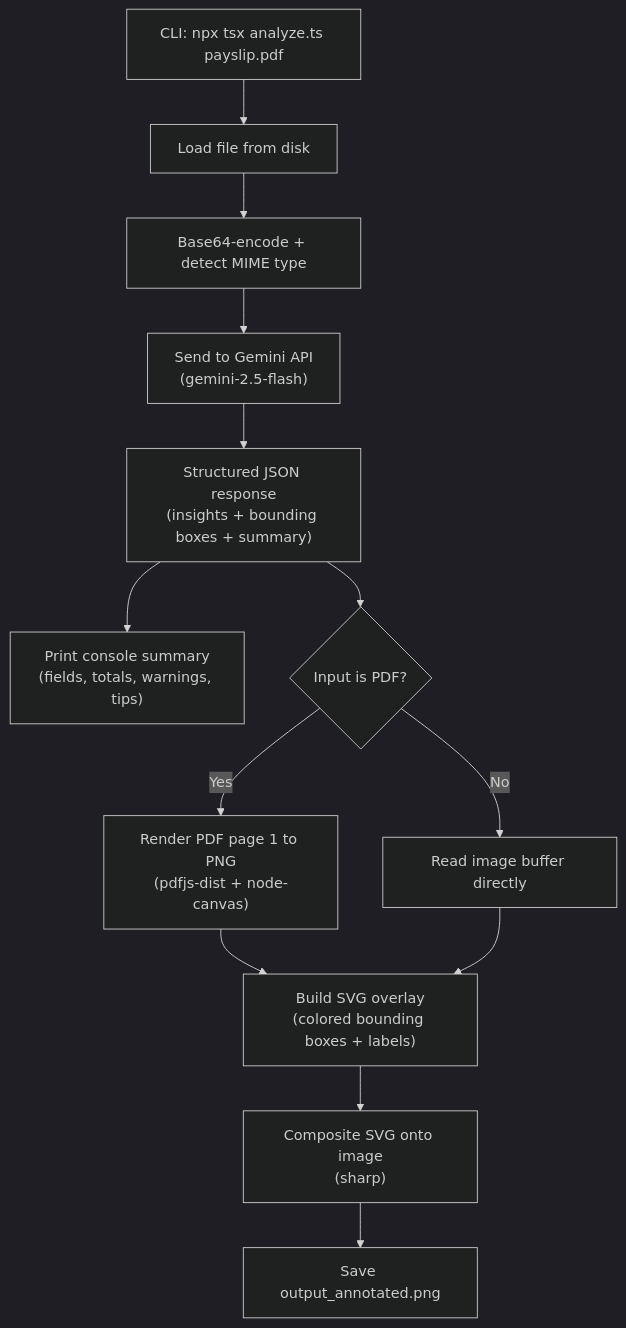
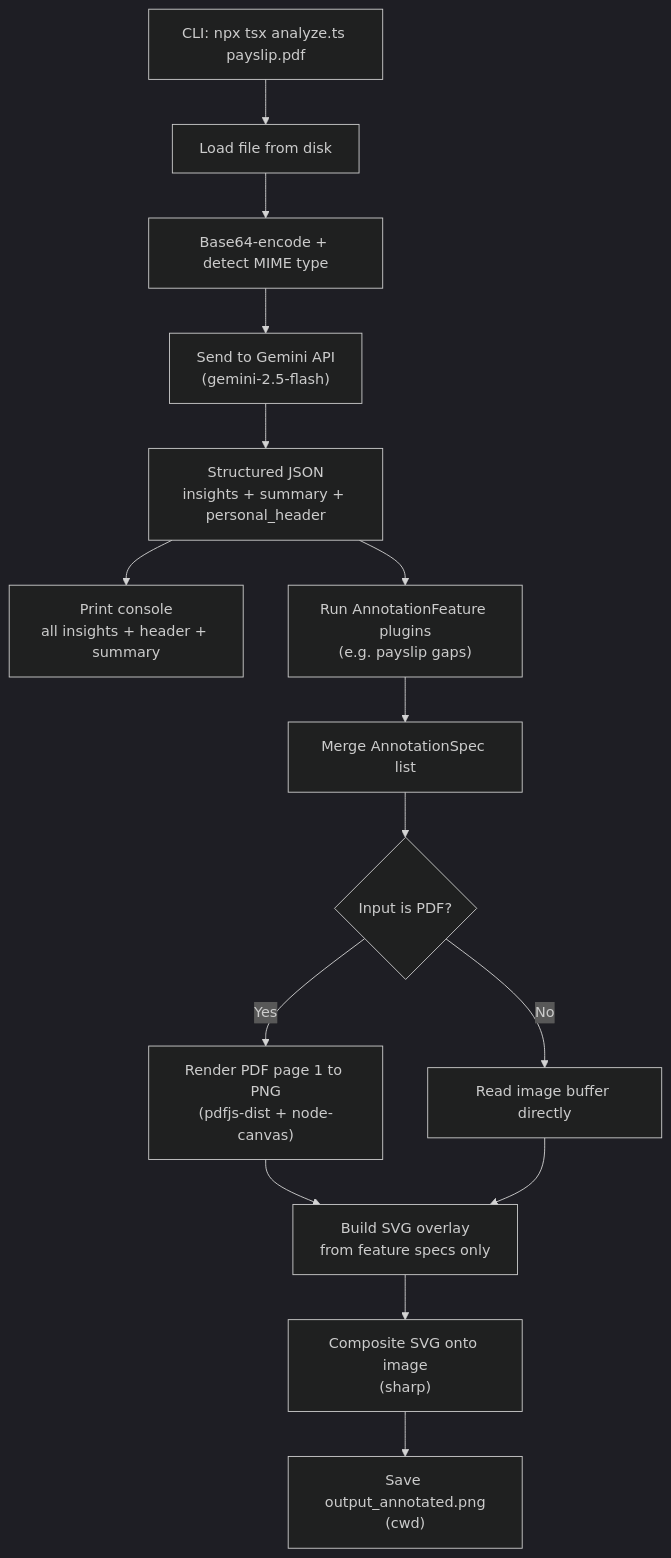
The diagram in docs/project.md (lirantal/payslip-analyzer), drawn with Mermaid (dark theme) before and after one commit. The commit also changed other lines of this file and 22 other files, not shown here.

````diff
--- a/docs/project.md
+++ b/docs/project.md
@@ -46,15 +61,17 @@
 ```mermaid
 flowchart TD
     A["CLI: npx tsx analyze.ts payslip.pdf"] --> B["Load file from disk"]
     B --> C["Base64-encode + detect MIME type"]
     C --> D["Send to Gemini API\n(gemini-2.5-flash)"]
-    D --> E["Structured JSON response\n(insights + bounding boxes + summary)"]
-    E --> F["Print console summary\n(fields, totals, warnings, tips)"]
-    E --> G{"Input is PDF?"}
+    D --> E["Structured JSON\ninsights + summary + personal_header"]
+    E --> F["Print console\nall insights + header + summary"]
+    E --> M["Run AnnotationFeature plugins\n(e.g. payslip gaps)"]
+    M --> N["Merge AnnotationSpec list"]
+    N --> G{"Input is PDF?"}
     G -- Yes --> H["Render PDF page 1 to PNG\n(pdfjs-dist + node-canvas)"]
     G -- No --> I["Read image buffer directly"]
-    H --> J["Build SVG overlay\n(colored bounding boxes + labels)"]
+    H --> J["Build SVG overlay\nfrom feature specs only"]
     I --> J
     J --> K["Composite SVG onto image\n(sharp)"]
-    K --> L["Save output_annotated.png"]
+    K --> L["Save output_annotated.png\n(cwd)"]
 ```
````
